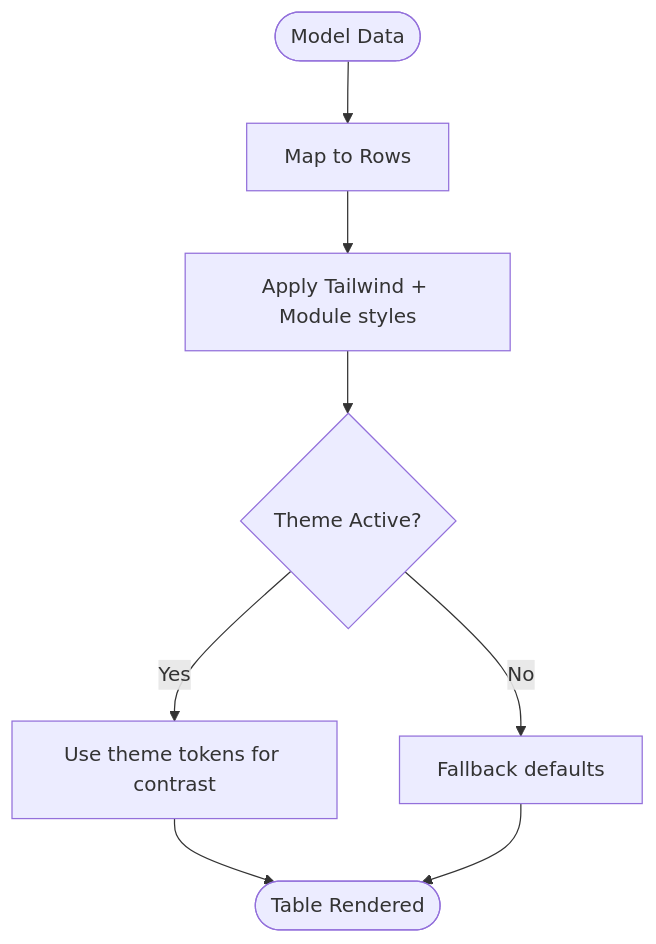
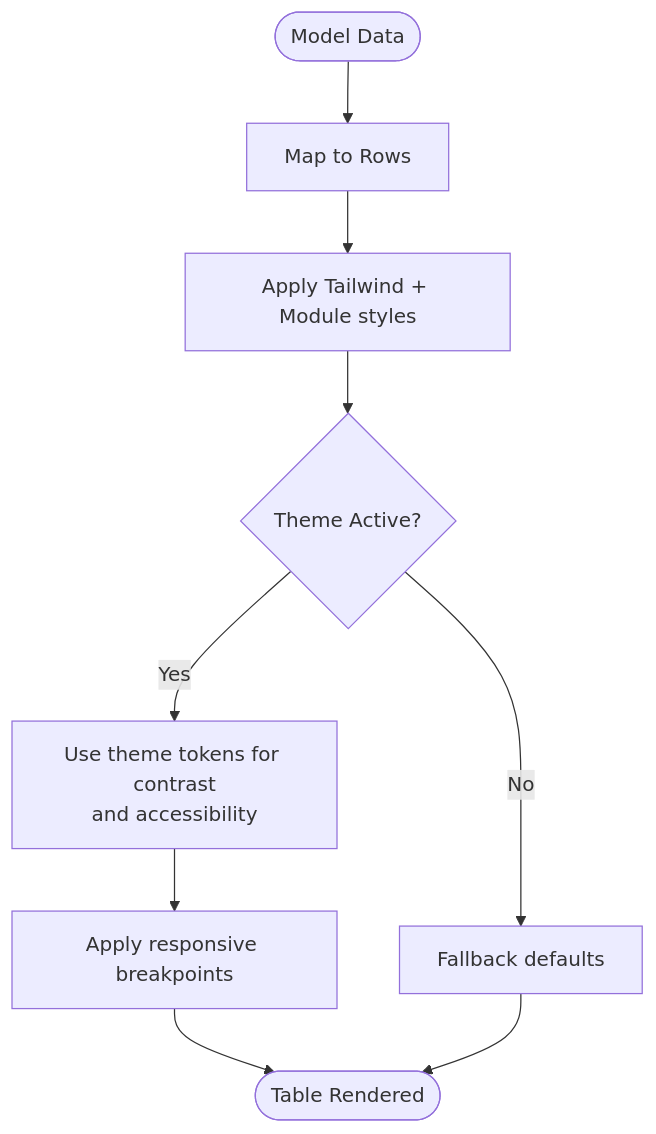
Before and after one commit to HassanAmeer/cheaprouter: the eighth of 10 diagrams in .qoder/repowiki/en/content/Frontend Architecture/Styling System.md, drawn with Mermaid. The commit also changed other lines of this file and 54 other files, not shown here.

````diff
--- a/.qoder/repowiki/en/content/Frontend Architecture/Styling System.md
+++ b/.qoder/repowiki/en/content/Frontend Architecture/Styling System.md
@@ -359,10 +379,11 @@
 ```mermaid
 flowchart TD
 Data(["Model Data"]) --> MapRows["Map to Rows"]
 MapRows --> StyleRow["Apply Tailwind + Module styles"]
 StyleRow --> ThemeCheck{"Theme Active?"}
-ThemeCheck --> |Yes| UseTokens["Use theme tokens for contrast"]
+ThemeCheck --> |Yes| UseTokens["Use theme tokens for contrast<br/>and accessibility"]
 ThemeCheck --> |No| Fallback["Fallback defaults"]
-UseTokens --> Render(["Table Rendered"])
+UseTokens --> Responsive["Apply responsive breakpoints"]
+Responsive --> Render(["Table Rendered"])
 Fallback --> Render
 ```
````
